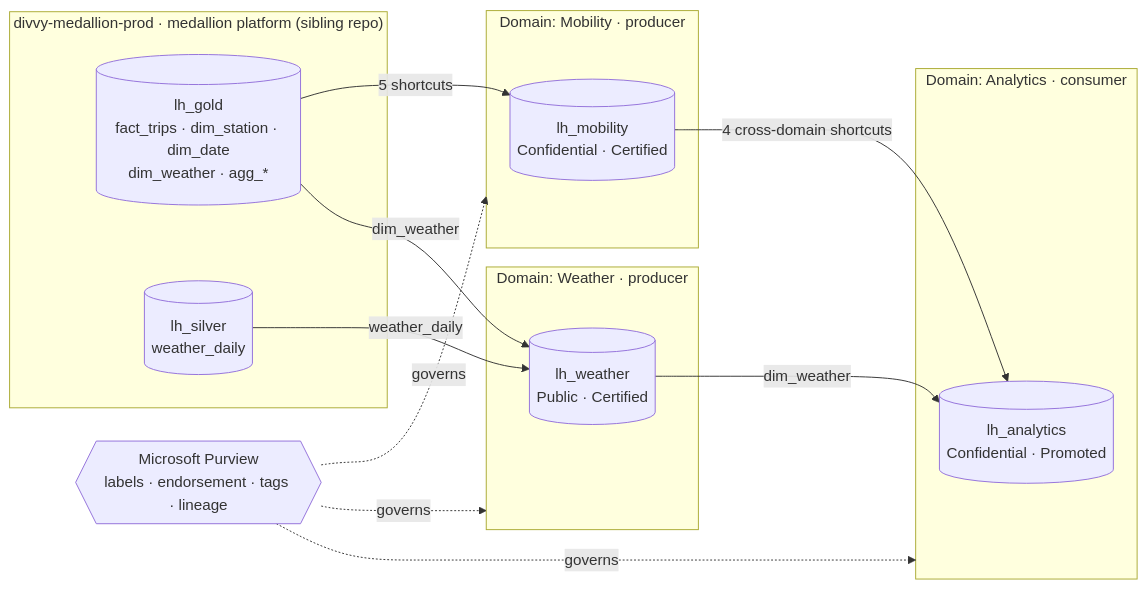
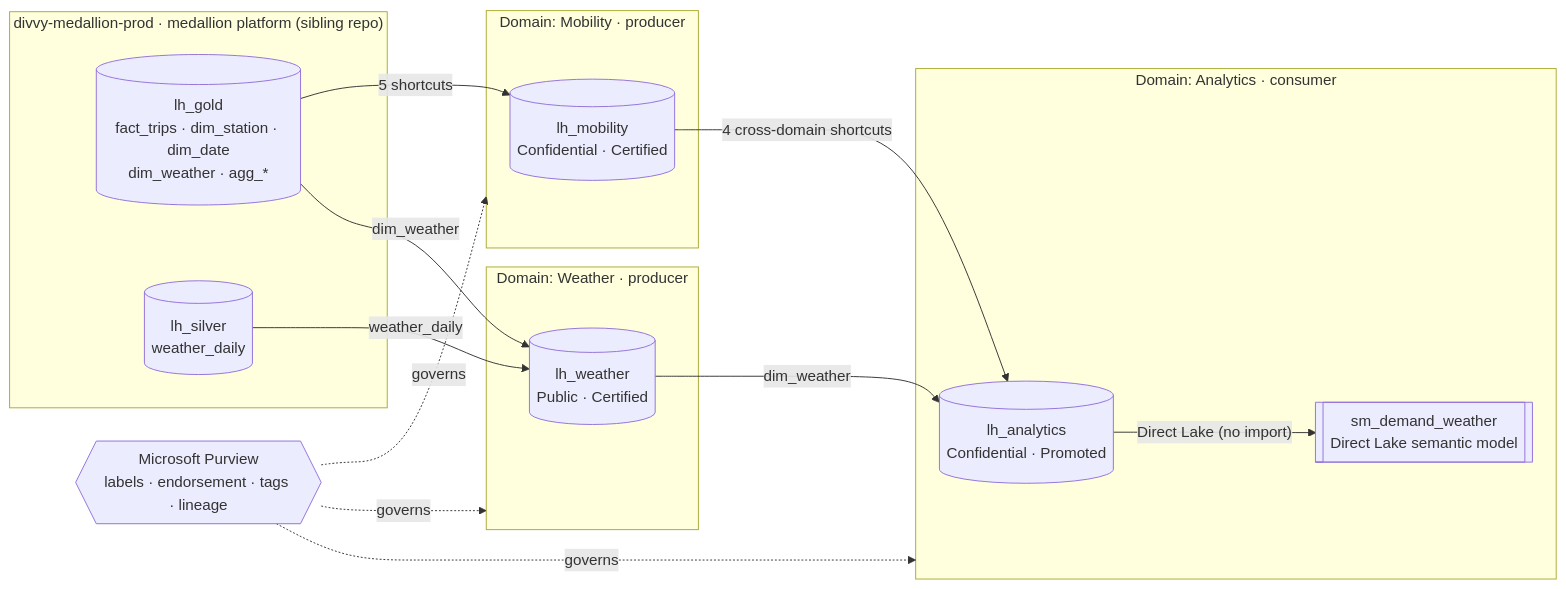
The first of 4 diagrams in README.md (felipecastro-data/fabric-domain-architecture-purview-governance), drawn with Mermaid before and after one commit. The commit also changed other lines of this file and 17 other files, not shown here.

First line of the commit message:
Analytics data product: Direct Lake semantic model

````diff
--- a/README.md
+++ b/README.md
@@ -28,22 +28,24 @@
 ```mermaid
 flowchart LR
     subgraph SRC["divvy-medallion-prod · medallion platform (sibling repo)"]
         G[("lh_gold<br/>fact_trips · dim_station · dim_date<br/>dim_weather · agg_*")]
         S[("lh_silver<br/>weather_daily")]
     end
     subgraph DM["Domain: Mobility · producer"]
         M[("lh_mobility<br/>Confidential · Certified")]
     end
     subgraph DW["Domain: Weather · producer"]
         W[("lh_weather<br/>Public · Certified")]
     end
     subgraph DA["Domain: Analytics · consumer"]
         A[("lh_analytics<br/>Confidential · Promoted")]
+        SM[["sm_demand_weather<br/>Direct Lake semantic model"]]
     end
     G -- "5 shortcuts" --> M
     G -- "dim_weather" --> W
     S -- "weather_daily" --> W
     M -- "4 cross-domain shortcuts" --> A
     W -- "dim_weather" --> A
+    A -- "Direct Lake (no import)" --> SM
     PV{{"Microsoft Purview<br/>labels · endorsement · tags · lineage"}} -. governs .-> DM & DW & DA
 ```
````
